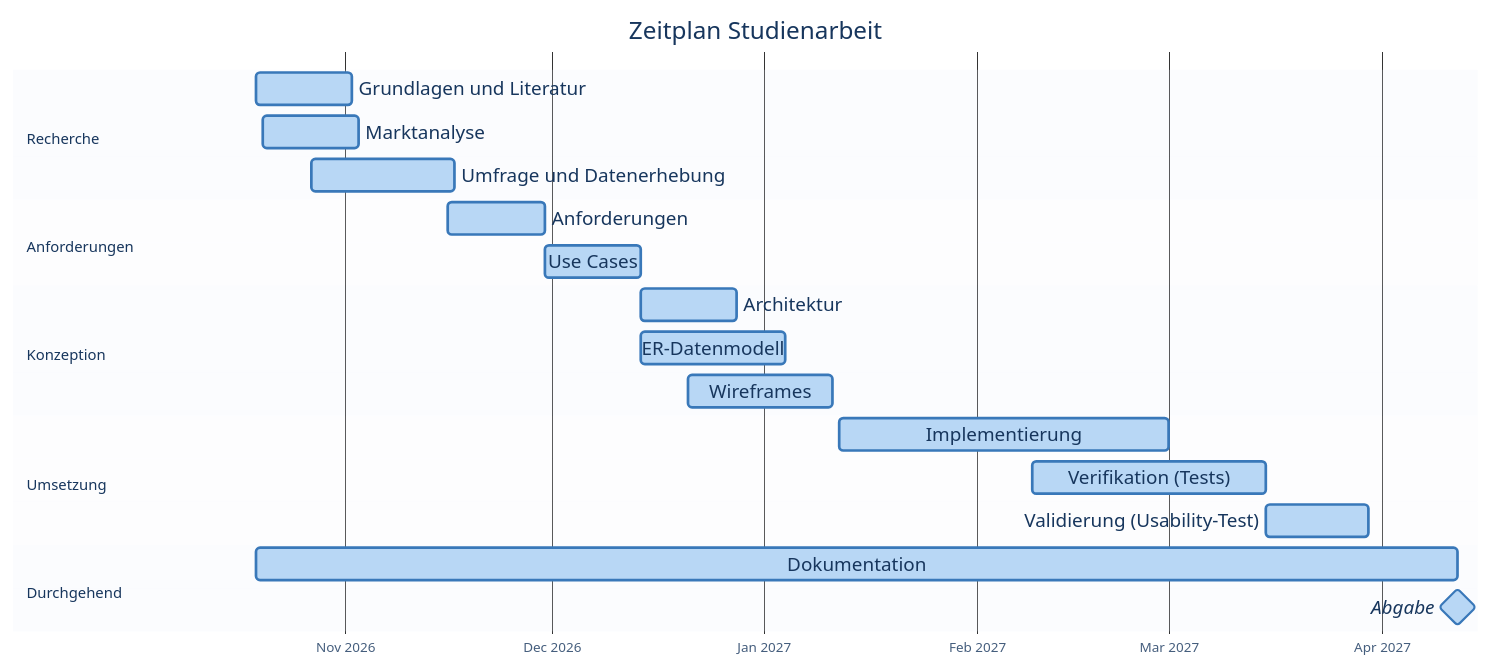
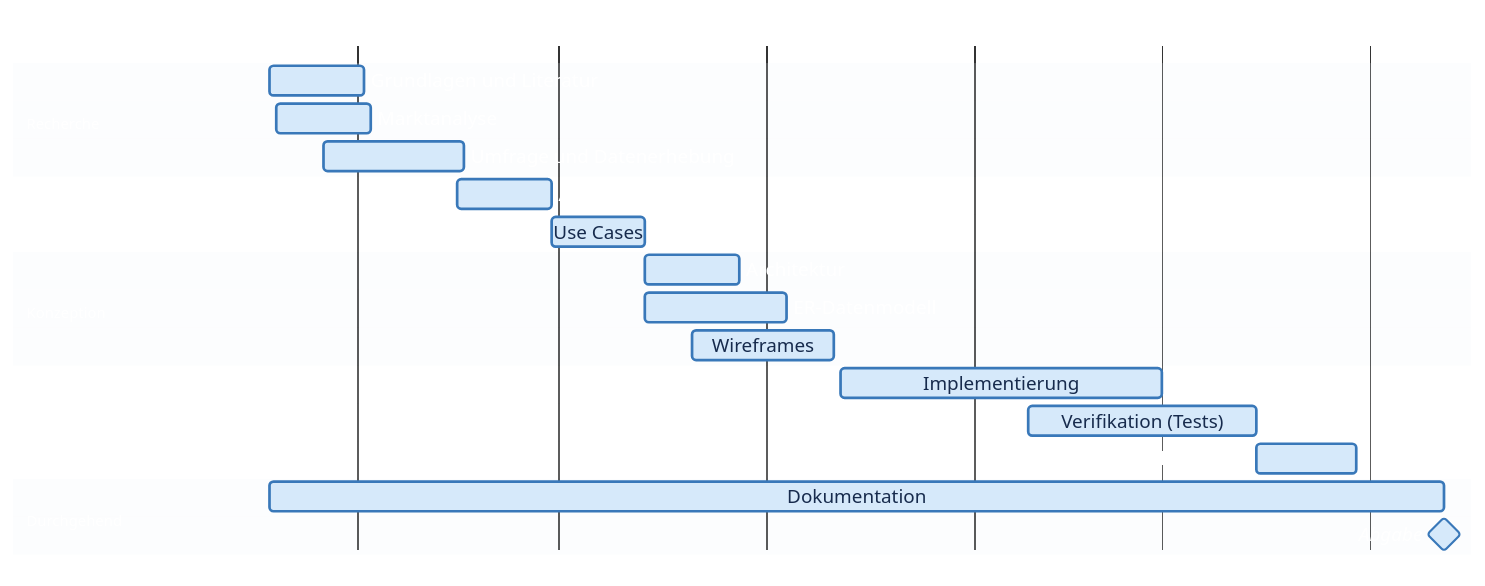
One commit to kurzmichael02-hue/studienarbeit-dashboard changed the diagram in docs/zeitplan.md. Above: the diagram before and after it, drawn with Mermaid.

Commit message:
Zeitplan fix 3

````diff
--- a/docs/zeitplan.md
+++ b/docs/zeitplan.md
@@ -5,31 +5,31 @@
 ```mermaid
-%%{init: {"theme":"base","themeVariables":{"fontFamily":"Arial, sans-serif","fontSize":"14px","primaryColor":"#B8D7F5","primaryTextColor":"#17365D","primaryBorderColor":"#3978B9","lineColor":"#64748B","sectionBkgColor":"#E8F1FA","altSectionBkgColor":"#F3F6F9","sectionTitleColor":"#17365D","taskBkgColor":"#B8D7F5","taskBorderColor":"#3978B9","taskTextColor":"#17365D","taskTextDarkColor":"#17365D","taskTextOutsideColor":"#17365D","gridColor":"#CBD5E1","todayLineColor":"#DC2626","titleColor":"#17365D"},"gantt":{"leftPadding":180,"rightPadding":30,"barHeight":24,"barGap":8,"topPadding":50,"fontSize":14,"numberSectionStyles":2}}}%%
+%%{init: {"theme":"base","themeVariables":{"fontFamily":"Arial, sans-serif","fontSize":"14px","background":"#FFFFFF","mainBkg":"#FFFFFF","primaryColor":"#D6E9FA","primaryTextColor":"#172B4D","primaryBorderColor":"#3978B9","secondaryColor":"#EDF4FA","tertiaryColor":"#FFFFFF","textColor":"#FFFFFF","titleColor":"#FFFFFF","sectionBkgColor":"#EDF4FA","altSectionBkgColor":"#FFFFFF","sectionTitleColor":"#172B4D","taskBkgColor":"#D6E9FA","taskBorderColor":"#3978B9","taskTextColor":"#172B4D","taskTextDarkColor":"#172B4D","taskTextOutsideColor":"#FFFFFF","gridColor":"#64748B","todayLineColor":"#DC2626"},"gantt":{"leftPadding":190,"rightPadding":40,"barHeight":22,"barGap":6,"topPadding":45,"fontSize":14,"numberSectionStyles":2,"useMaxWidth":true}}}%%
 gantt
     title Zeitplan Studienarbeit
     dateFormat YYYY-MM-DD
     axisFormat %b %Y
     tickInterval 1month
 
     section Recherche
     Grundlagen und Literatur       :2026-10-19, 14d
     Marktanalyse                   :2026-10-20, 14d
     Umfrage und Datenerhebung      :2026-10-27, 21d
 
     section Anforderungen
     Anforderungen                 :2026-11-16, 14d
     Use Cases                      :2026-11-30, 14d
 
     section Konzeption
     Architektur                    :2026-12-14, 14d
     ER-Datenmodell                 :2026-12-14, 21d
     Wireframes                     :2026-12-21, 21d
 
     section Umsetzung
     Implementierung                :2027-01-12, 48d
     Verifikation (Tests)           :2027-02-09, 34d
     Validierung (Usability-Test)   :2027-03-15, 15d
 
     section Durchgehend
     Dokumentation                  :2026-10-19, 175d
     Abgabe                         :milestone, 2027-04-12, 0d
 ```
````
